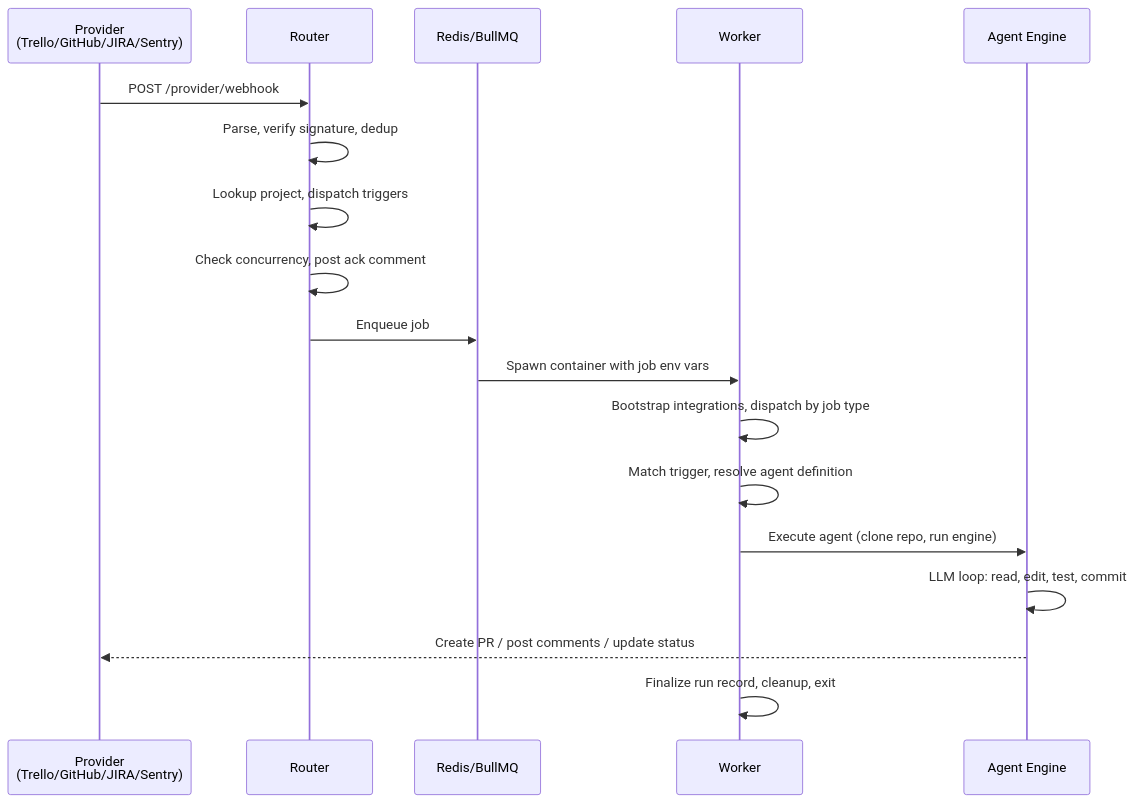
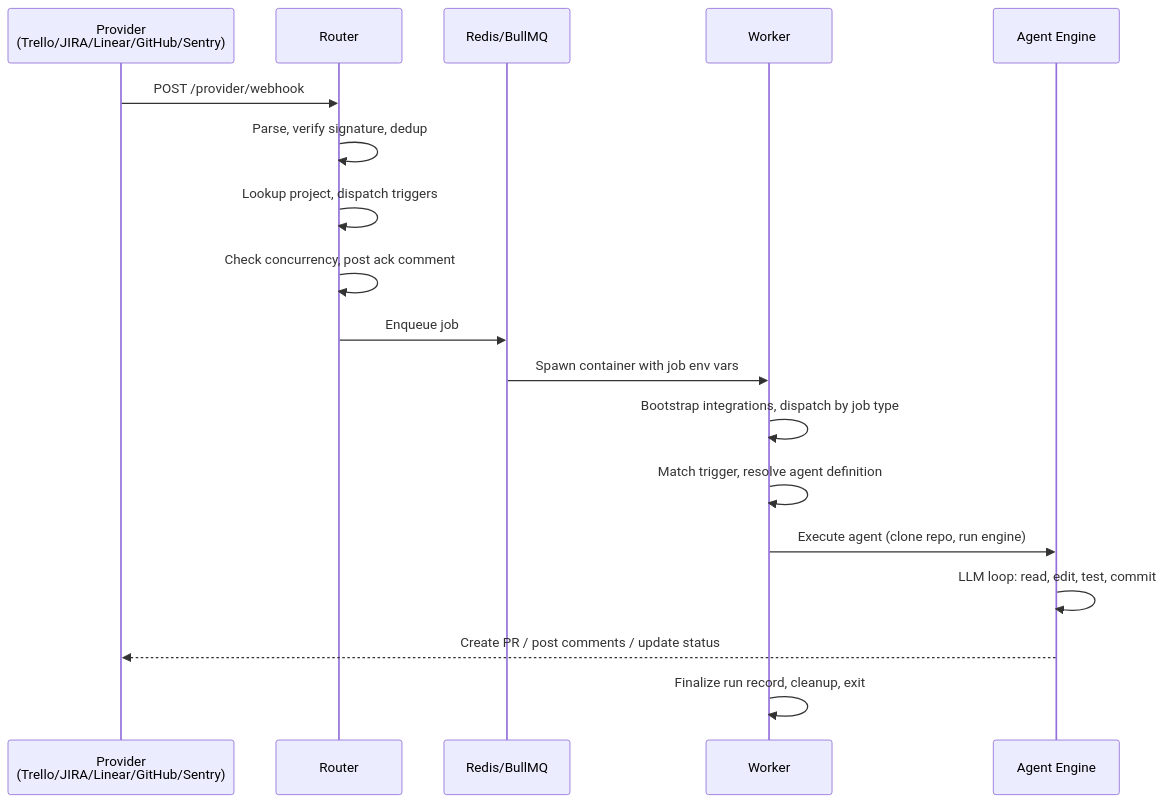
Before and after one commit to mongrel-intelligence/cascade: the second of 2 diagrams in docs/ARCHITECTURE.md, drawn with Mermaid. The commit also changed other lines of this file and 3 other files, not shown here.

````diff
--- a/docs/ARCHITECTURE.md
+++ b/docs/ARCHITECTURE.md
@@ -66,21 +69,21 @@
 ```mermaid
 sequenceDiagram
-    participant P as Provider<br/>(Trello/GitHub/JIRA/Sentry)
+    participant P as Provider<br/>(Trello/JIRA/Linear/GitHub/Sentry)
     participant R as Router
     participant Q as Redis/BullMQ
     participant W as Worker
     participant A as Agent Engine
 
     P->>R: POST /provider/webhook
     R->>R: Parse, verify signature, dedup
     R->>R: Lookup project, dispatch triggers
     R->>R: Check concurrency, post ack comment
     R->>Q: Enqueue job
     Q->>W: Spawn container with job env vars
     W->>W: Bootstrap integrations, dispatch by job type
     W->>W: Match trigger, resolve agent definition
     W->>A: Execute agent (clone repo, run engine)
     A->>A: LLM loop: read, edit, test, commit
     A-->>P: Create PR / post comments / update status
     W->>W: Finalize run record, cleanup, exit
 ```
````
